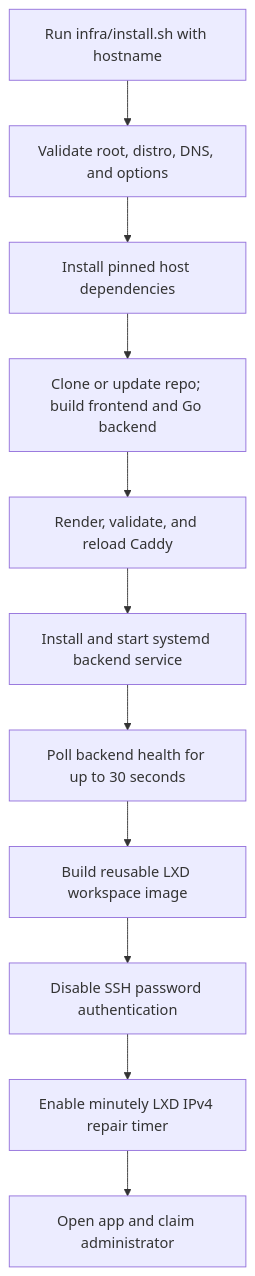
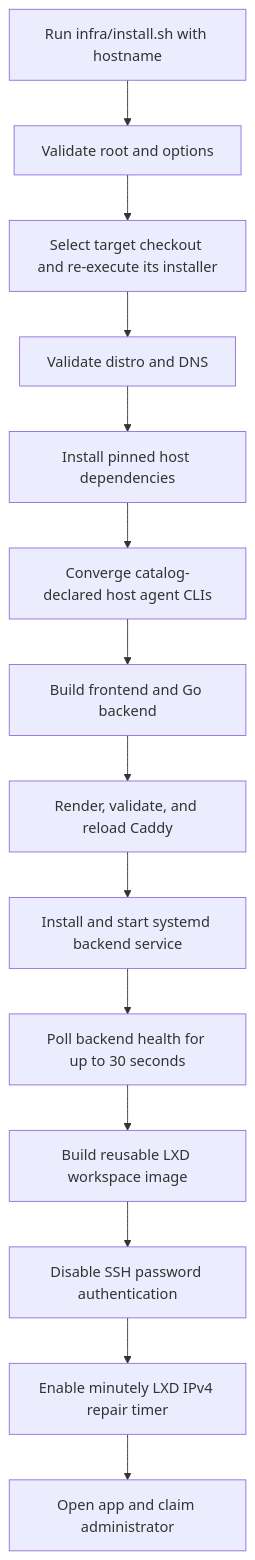
Before and after one commit to AbdallahMohamedDotnet/remote.futrx: the first of 6 diagrams in docs/04-operations/09-deployment-and-operations.md, drawn with Mermaid. The commit also changed other lines of this file and 27 other files, not shown here.

````diff
--- a/docs/04-operations/09-deployment-and-operations.md
+++ b/docs/04-operations/09-deployment-and-operations.md
@@ -7,13 +7,16 @@
 ```mermaid
 flowchart TD
-    Start["Run infra/install.sh with hostname"] --> Validate["Validate root, distro, DNS, and options"]
+    Start["Run infra/install.sh with hostname"] --> Root["Validate root and options"]
+    Root --> Checkout["Select target checkout and re-execute its installer"]
+    Checkout --> Validate["Validate distro and DNS"]
     Validate --> Deps["Install pinned host dependencies"]
-    Deps --> Build["Clone or update repo; build frontend and Go backend"]
+    Deps --> Agents["Converge catalog-declared host agent CLIs"]
+    Agents --> Build["Build frontend and Go backend"]
     Build --> Proxy["Render, validate, and reload Caddy"]
     Proxy --> Service["Install and start systemd backend service"]
     Service --> Health["Poll backend health for up to 30 seconds"]
     Health --> Image["Build reusable LXD workspace image"]
     Image --> SSH["Disable SSH password authentication"]
     SSH --> Heal["Enable minutely LXD IPv4 repair timer"]
     Heal --> Ready["Open app and claim administrator"]
 ```
````
